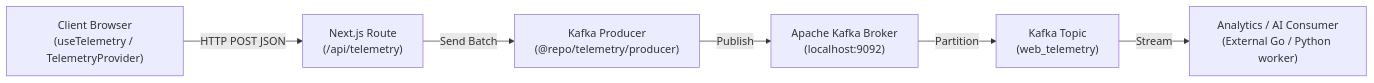
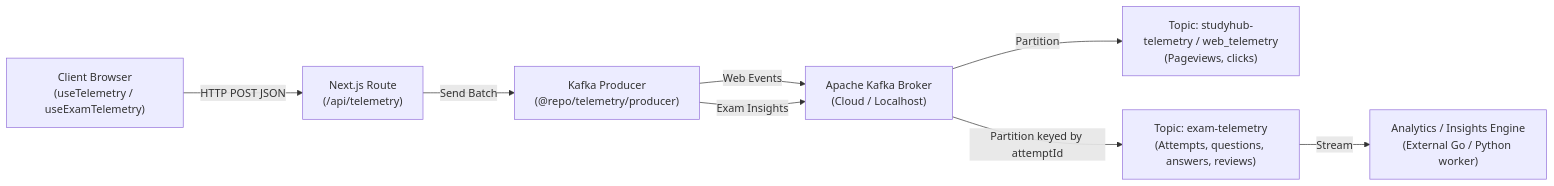
The diagram in packages/telemetry/README.md (yashAnjaliGupta/studyhub), drawn with Mermaid before and after one commit. The commit also changed other lines of this file and 24 other files, not shown here.

````diff
--- a/packages/telemetry/README.md
+++ b/packages/telemetry/README.md
@@ -13,15 +13,18 @@
 ```mermaid
 flowchart LR
-    Client["Client Browser\n(useTelemetry / TelemetryProvider)"]
+    Client["Client Browser\n(useTelemetry / useExamTelemetry)"]
     API["Next.js Route\n(/api/telemetry)"]
     Producer["Kafka Producer\n(@repo/telemetry/producer)"]
-    Broker["Apache Kafka Broker\n(localhost:9092)"]
-    Topic["Kafka Topic\n(web_telemetry)"]
-    Consumer["Analytics / AI Consumer\n(External Go / Python worker)"]
+    Broker["Apache Kafka Broker\n(Cloud / Localhost)"]
+    WebTopic["Topic: studyhub-telemetry / web_telemetry\n(Pageviews, clicks)"]
+    ExamTopic["Topic: exam-telemetry\n(Attempts, questions, answers, reviews)"]
+    Consumer["Analytics / Insights Engine\n(External Go / Python worker)"]
 
     Client -->|HTTP POST JSON| API
     API -->|Send Batch| Producer
-    Producer -->|Publish| Broker
-    Broker -->|Partition| Topic
-    Topic -->|Stream| Consumer
+    Producer -->|Web Events| Broker
+    Producer -->|Exam Insights| Broker
+    Broker -->|Partition| WebTopic
+    Broker -->|Partition keyed by attemptId| ExamTopic
+    ExamTopic -->|Stream| Consumer
 ```
````
